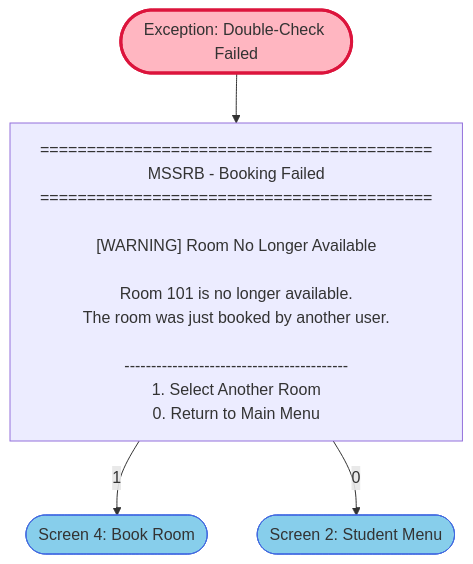
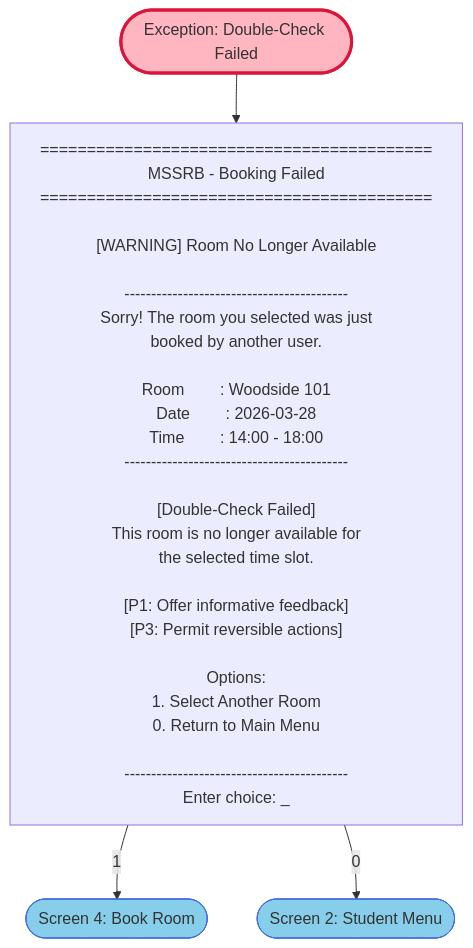
The diagram in mermaid/member_b/exception_double_check_failed.mmd (alii0110-monash/fit5136-study-room-booking), drawn with Mermaid before and after one commit. The commit also changed 14 other files, not shown here.

First line of the commit message:
Enrich all Mermaid screens with complete UI content

```diff
--- a/mermaid/member_b/exception_double_check_failed.mmd
+++ b/mermaid/member_b/exception_double_check_failed.mmd
@@ -1,28 +1,44 @@
 flowchart TB
     DOUBLE_CHECK(["Exception: Double-Check Failed"])
 
     DC1["
 ==========================================
 MSSRB - Booking Failed
 ==========================================
 
 [WARNING] Room No Longer Available
 
-Room 101 is no longer available.
-The room was just booked by another user.
+------------------------------------------
+Sorry! The room you selected was just
+booked by another user.
+
+Room        : Woodside 101
+Date        : 2026-03-28
+Time        : 14:00 - 18:00
+------------------------------------------
+
+[Double-Check Failed]
+This room is no longer available for
+the selected time slot.
+
+[P1: Offer informative feedback]
+[P3: Permit reversible actions]
+
+Options:
+1. Select Another Room
+0. Return to Main Menu
 
 ------------------------------------------
-1. Select Another Room
-0. Return to Main Menu
+Enter choice: _
     "]
 
     BOOK(["Screen 4: Book Room"])
     STUDENT_MENU(["Screen 2: Student Menu"])
 
     DOUBLE_CHECK --> DC1
     DC1 -->|"1"| BOOK
     DC1 -->|"0"| STUDENT_MENU
 
     style DOUBLE_CHECK fill:#FFB6C1,stroke:#DC143C,stroke-width:3px
     style BOOK fill:#87CEEB,stroke:#4169E1
     style STUDENT_MENU fill:#87CEEB,stroke:#4169E1
```
